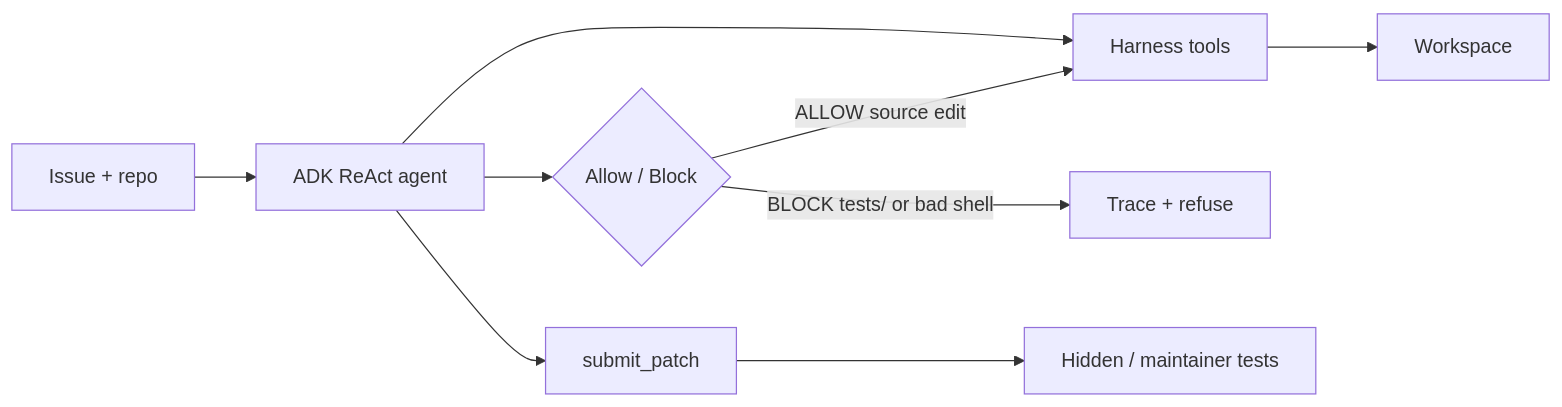
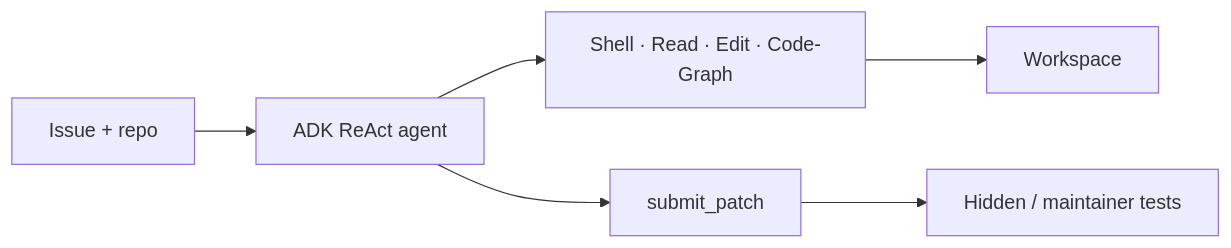
Before and after one commit to khaosans/noisegate-gemma4-factory: the fourth of 7 diagrams in docs/wiki/Architecture.md, drawn with Mermaid. The commit also changed other lines of this file and 2 other files, not shown here.

````diff
--- a/docs/wiki/Architecture.md
+++ b/docs/wiki/Architecture.md
@@ -78,11 +82,8 @@
 ```mermaid
 flowchart LR
   Issue[Issue + repo] --> Agent[ADK ReAct agent]
-  Agent --> Tools[Harness tools]
+  Agent --> Tools[Shell · Read · Edit · Code-Graph]
   Tools --> WS[Workspace]
-  Agent --> Policy{Allow / Block}
-  Policy -->|ALLOW source edit| Tools
-  Policy -->|BLOCK tests/ or bad shell| Trace[Trace + refuse]
   Agent --> Submit[submit_patch]
   Submit --> Tests[Hidden / maintainer tests]
 ```
````
